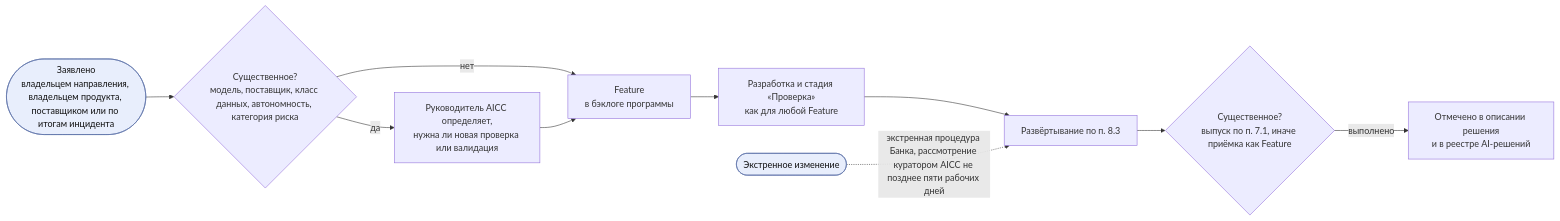
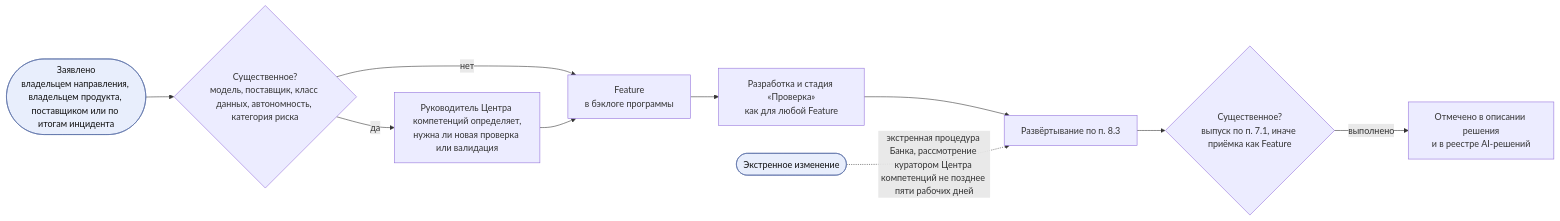
One commit to devhogu/ob-aicc changed diagram 13 of 13 in charter/ru/documents/solution-lifecycle-model.md. Above: the diagram before and after it, drawn with Mermaid. The commit also changed other lines of this file and 1149 other files, not shown here.

````diff
--- a/charter/ru/documents/solution-lifecycle-model.md
+++ b/charter/ru/documents/solution-lifecycle-model.md
@@ -476,13 +476,13 @@
 ```mermaid
 flowchart LR
   RS(["Заявлено<br/>владельцем направления, владельцем продукта, поставщиком или по итогам инцидента"]):::iface --> CLS{"Существенное?<br/>модель, поставщик, класс данных, автономность, категория риска"}
   CLS -->|нет| FT["Feature<br/>в бэклоге программы"]
-  CLS -->|да| DC["Руководитель AICC определяет,<br/>нужна ли новая проверка или валидация"]
+  CLS -->|да| DC["Руководитель Центра компетенций определяет,<br/>нужна ли новая проверка или валидация"]
   DC --> FT
   FT --> BV["Разработка и стадия «Проверка»<br/>как для любой Feature"]
   BV --> DPL["Развёртывание по п. 8.3"]
   DPL --> RLS{"Существенное?<br/>выпуск по п. 7.1, иначе приёмка как Feature"}
   RLS -->|выполнено| NT["Отмечено в описании решения<br/>и в реестре AI-решений"]
-  EM(["Экстренное изменение"]):::iface -.экстренная процедура Банка, рассмотрение куратором AICC не позднее пяти рабочих дней.-> DPL
+  EM(["Экстренное изменение"]):::iface -.экстренная процедура Банка, рассмотрение куратором Центра компетенций не позднее пяти рабочих дней.-> DPL
   classDef iface fill:#e8eefc,stroke:#5a6fa8,color:#111
 ```
````
